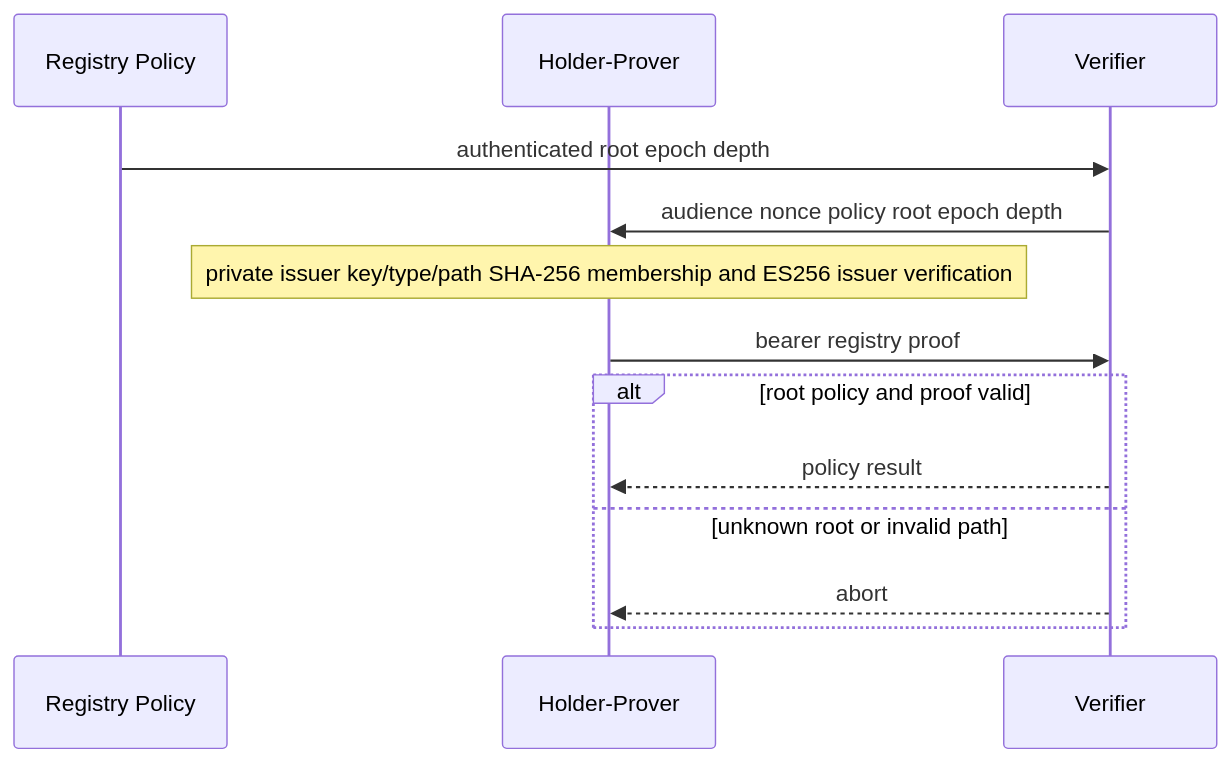
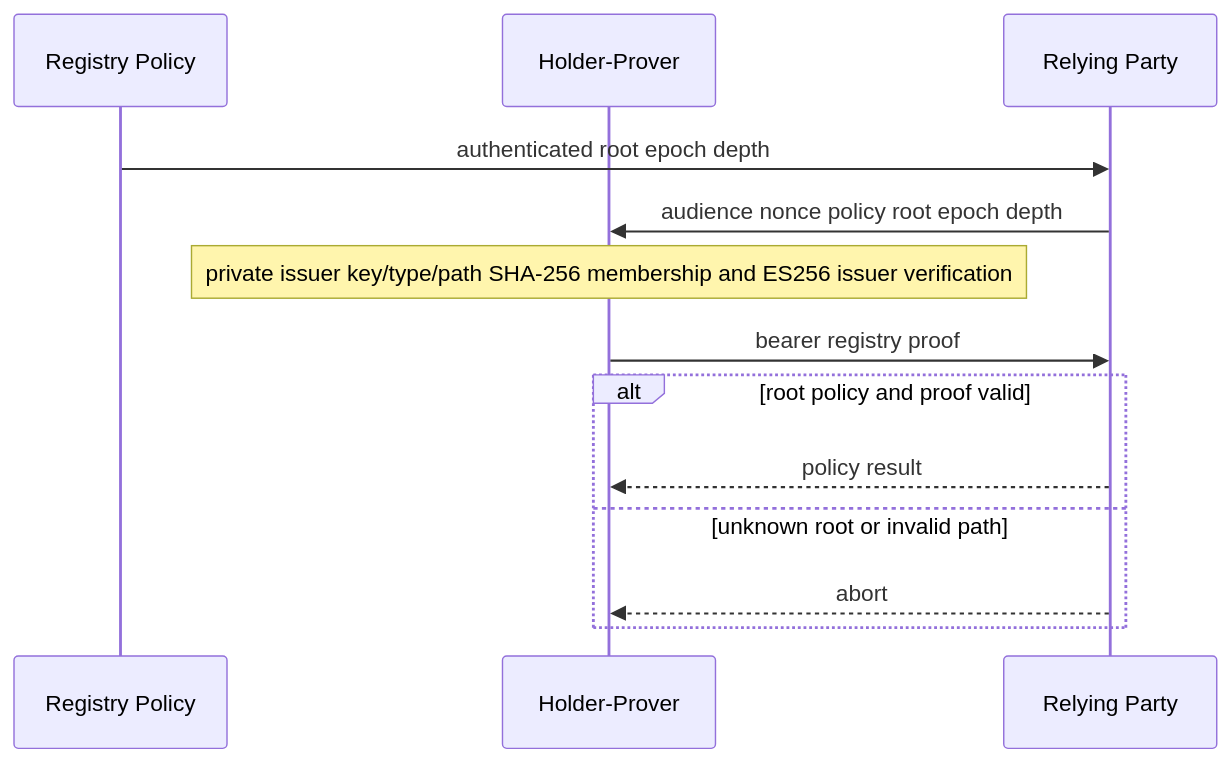
Before and after one commit to ForkbombEu/sd-jwt-zk: the fourth of 6 diagrams in spec/protocol-sequences.md, drawn with Mermaid. The commit also changed other lines of this file and 43 other files, not shown here.

````diff
--- a/spec/protocol-sequences.md
+++ b/spec/protocol-sequences.md
@@ -54,15 +54,15 @@
 ```mermaid
 sequenceDiagram
  participant R as Registry Policy
  participant H as Holder-Prover
- participant V as Verifier
- R->>V: authenticated root epoch depth
- V->>H: audience nonce policy root epoch depth
+ participant RP as Relying Party
+ R->>RP: authenticated root epoch depth
+ RP->>H: audience nonce policy root epoch depth
  Note over H: private issuer key/type/path SHA-256 membership and ES256 issuer verification
- H->>V: bearer registry proof
+ H->>RP: bearer registry proof
  alt root policy and proof valid
-  V-->>H: policy result
+  RP-->>H: policy result
  else unknown root or invalid path
-  V-->>H: abort
+  RP-->>H: abort
  end
 ```
````
